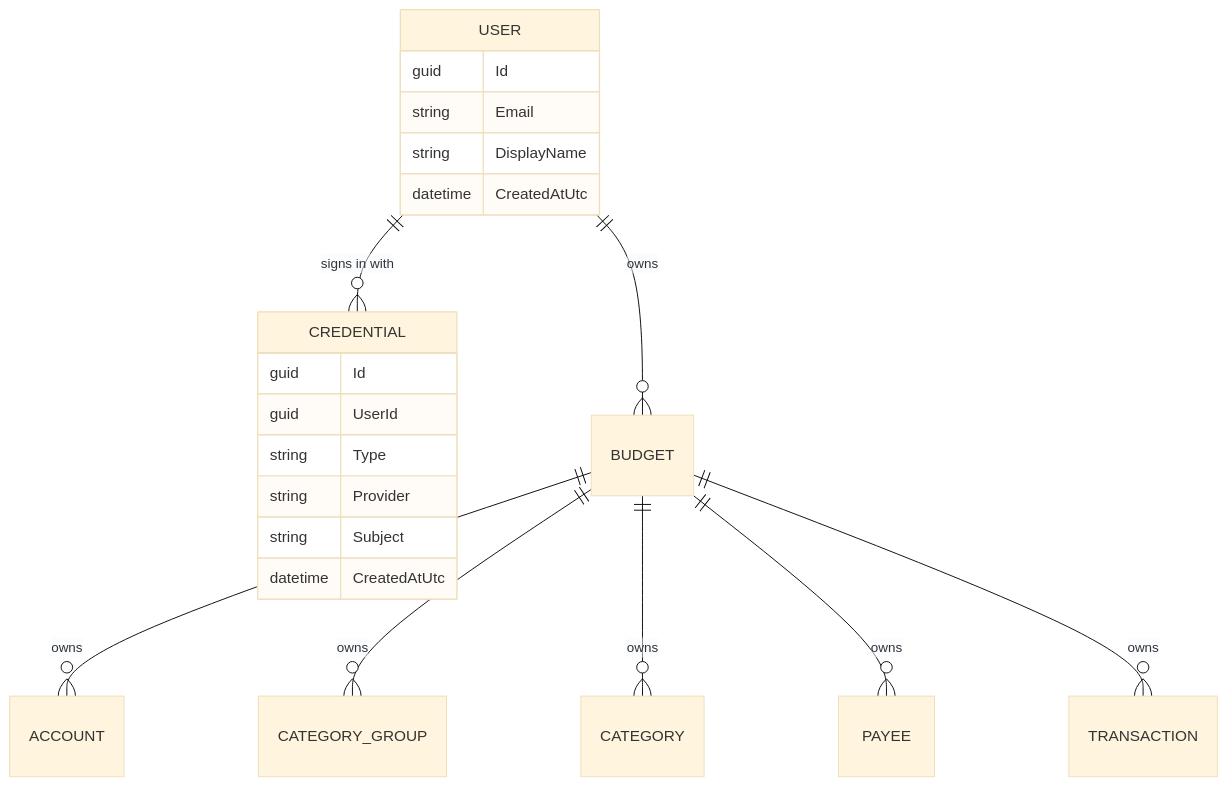
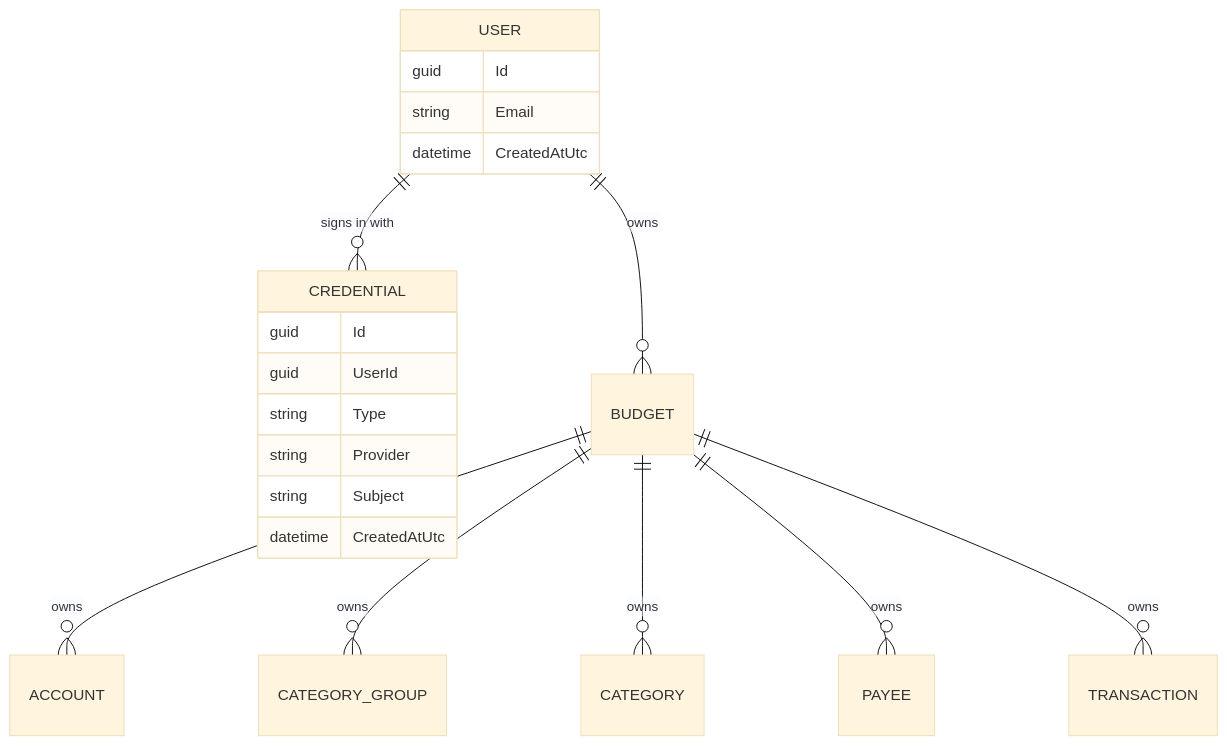
One commit to anton-kochev/budgetoid changed the first of 2 diagrams in docs/business-logic/users-and-ownership.md. Above: the diagram before and after it, drawn with Mermaid (base theme). The commit also changed other lines of this file and 20 other files, not shown here.

````diff
--- a/docs/business-logic/users-and-ownership.md
+++ b/docs/business-logic/users-and-ownership.md
@@ -47,24 +48,23 @@
 ```mermaid
 erDiagram
     USER ||--o{ CREDENTIAL : "signs in with"
     USER ||--o{ BUDGET : owns
     BUDGET ||--o{ ACCOUNT : owns
     BUDGET ||--o{ CATEGORY_GROUP : owns
     BUDGET ||--o{ CATEGORY : owns
     BUDGET ||--o{ PAYEE : owns
     BUDGET ||--o{ TRANSACTION : owns
     USER {
         guid Id
         string Email
-        string DisplayName
         datetime CreatedAtUtc
     }
     CREDENTIAL {
         guid Id
         guid UserId
         string Type
         string Provider
         string Subject
         datetime CreatedAtUtc
     }
 ```
````
